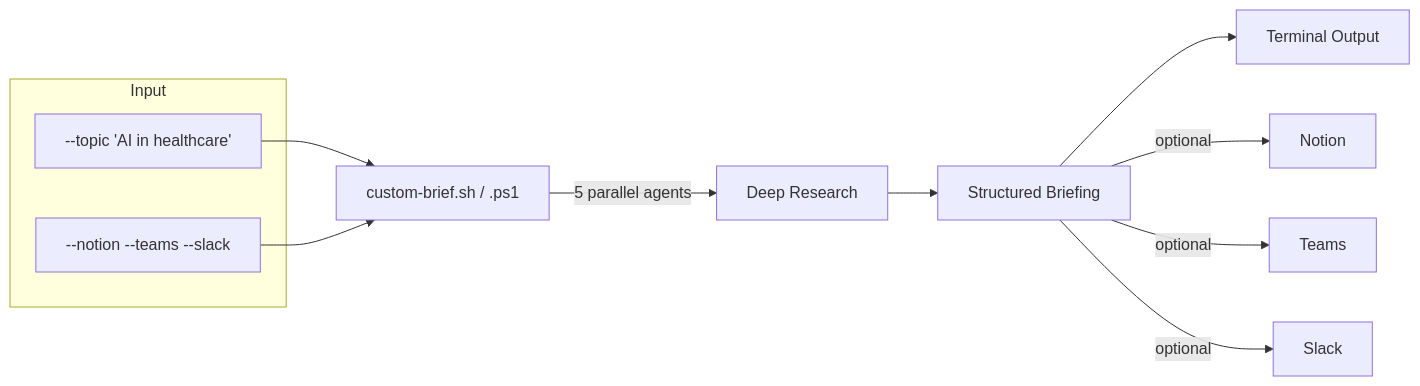
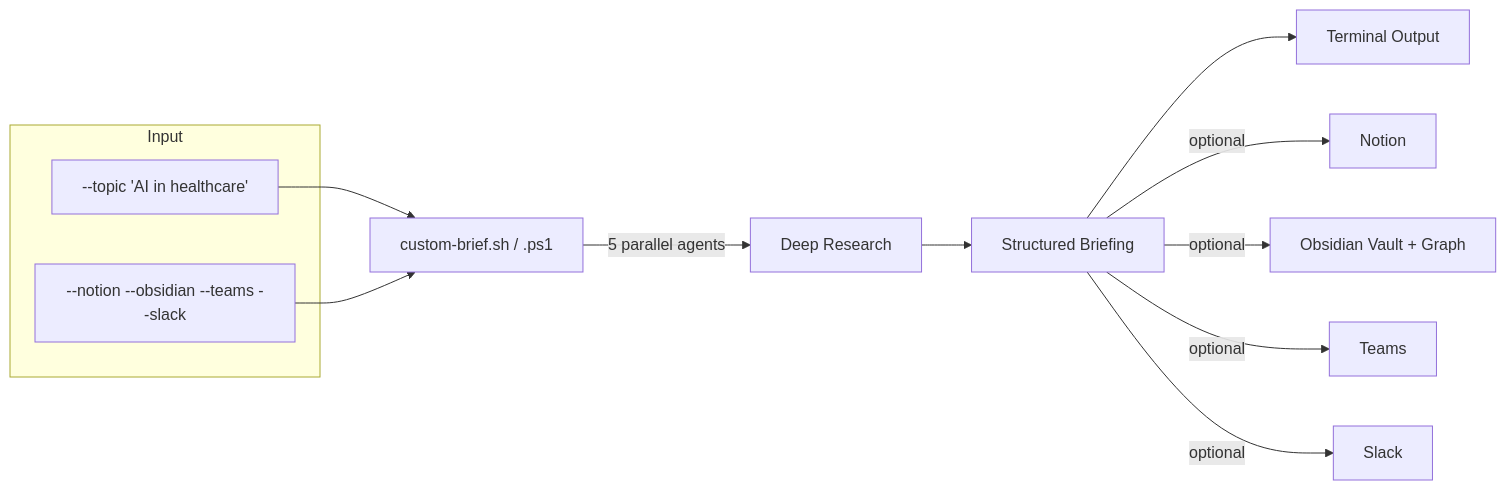
Before and after one commit to hoangsonww/ai-news-briefing: the third of 3 diagrams in README.md, drawn with Mermaid. The commit also changed other lines of this file and 22 other files, not shown here.

````diff
--- a/README.md
+++ b/README.md
@@ -486,15 +499,16 @@
 ```mermaid
 flowchart LR
     subgraph "Input"
         A["--topic 'AI in healthcare'"]
-        B["--notion --teams --slack"]
+        B["--notion --obsidian --teams --slack"]
     end
     A --> C[custom-brief.sh / .ps1]
     B --> C
     C -->|5 parallel agents| D[Deep Research]
     D --> E[Structured Briefing]
     E --> F[Terminal Output]
     E -->|optional| G[Notion]
+    E -->|optional| G2[Obsidian Vault + Graph]
     E -->|optional| H[Teams]
     E -->|optional| I[Slack]
 ```
````
